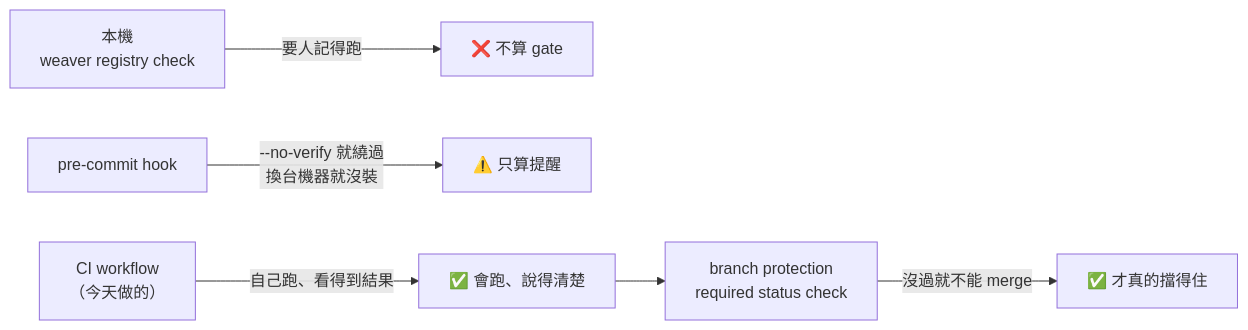
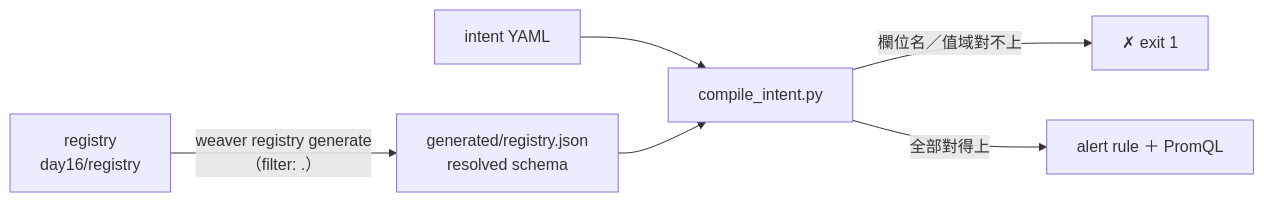
Before and after one commit to tedmax100/o11y-bench: the second of 2 diagrams in weaver-demo/ironman-2026/day11.md, drawn with Mermaid. The commit also changed other lines of this file and 15 other files, not shown here.

````diff
--- a/weaver-demo/ironman-2026/day11.md
+++ b/weaver-demo/ironman-2026/day11.md
@@ -28,8 +133,8 @@
 ```mermaid
 flowchart LR
-    A["本機<br/>weaver registry check"] -->|"要人記得跑"| A1["❌ 不算 gate"]
-    B["pre-commit hook"] -->|"--no-verify 就繞過<br/>換台機器就沒裝"| B1["⚠️ 只算提醒"]
-    C["CI workflow<br/>（今天做的）"] -->|"自己跑、看得到結果"| C1["✅ 會跑、說得清楚"]
-    C1 --> D["branch protection<br/>required status check"]
-    D -->|"沒過就不能 merge"| D1["✅ 才真的擋得住"]
+    R["registry<br/>day16/registry"] -->|"weaver registry generate<br/>（filter: .）"| J["generated/registry.json<br/>resolved schema"]
+    I["intent YAML"] --> CC["compile_intent.py"]
+    J --> CC
+    CC -->|"欄位名／值域對不上"| X["✗ exit 1"]
+    CC -->|"全部對得上"| P["alert rule ＋ PromQL"]
 ```
````
